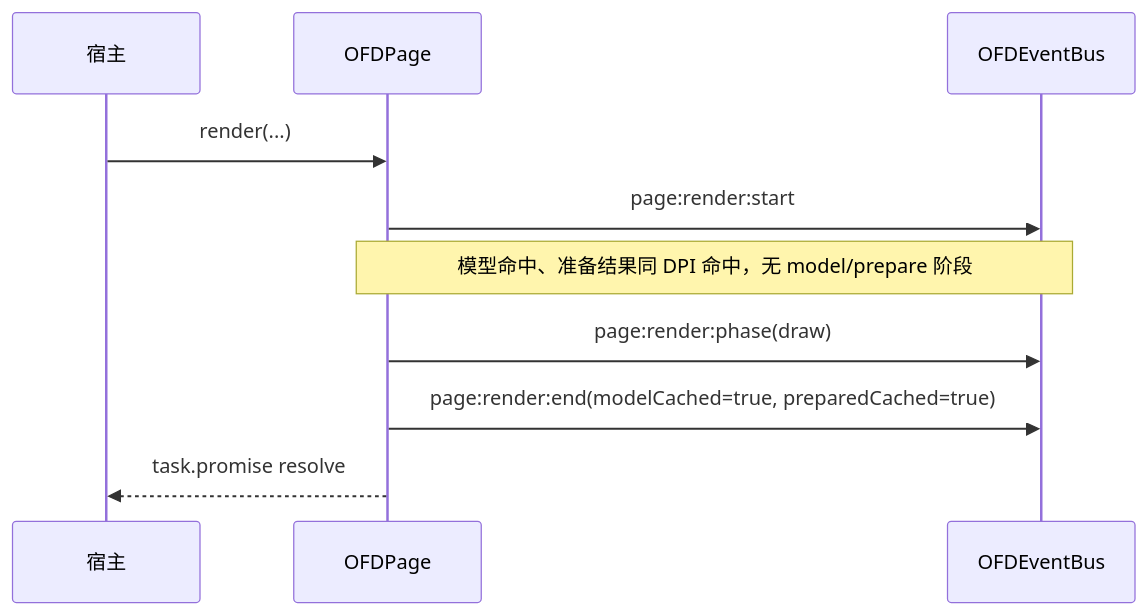
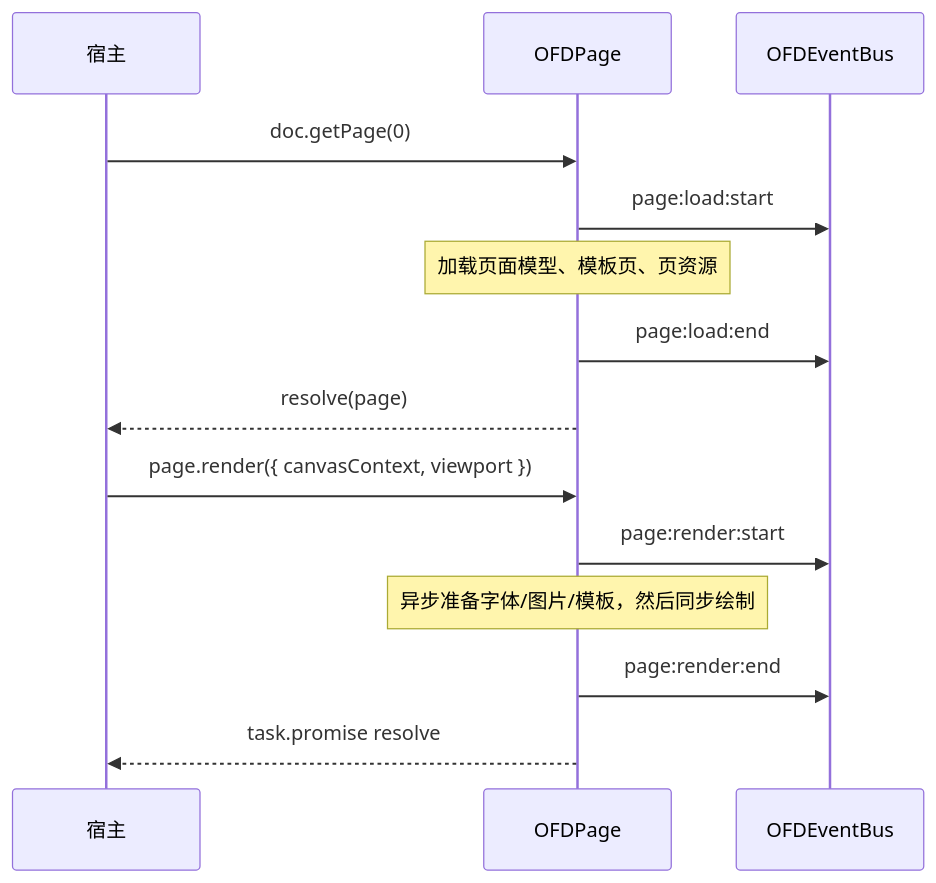
The third of 4 diagrams in docs/OFD渲染引擎生命周期与事件设计.md (ofdrw/ofdrw-viewer), drawn with Mermaid before and after one commit. The commit also changed other lines of this file and 4 other files, not shown here.

````diff
--- a/docs/OFD渲染引擎生命周期与事件设计.md
+++ b/docs/OFD渲染引擎生命周期与事件设计.md
@@ -395,12 +203,17 @@
 ```mermaid
 sequenceDiagram
   participant Host as 宿主
   participant Page as OFDPage
   participant Bus as OFDEventBus
-  Host->>Page: render(...)
+  Host->>Page: doc.getPage(0)
+  Page->>Bus: page:load:start
+  Note over Page: 加载页面模型、模板页、页资源
+  Page->>Bus: page:load:end
+  Page-->>Host: resolve(page)
+
+  Host->>Page: page.render({ canvasContext, viewport })
   Page->>Bus: page:render:start
-  Note over Page,Bus: 模型命中、准备结果同 DPI 命中，无 model/prepare 阶段
-  Page->>Bus: page:render:phase(draw)
-  Page->>Bus: page:render:end(modelCached=true, preparedCached=true)
+  Note over Page: 异步准备字体/图片/模板，然后同步绘制
+  Page->>Bus: page:render:end
   Page-->>Host: task.promise resolve
 ```
````
